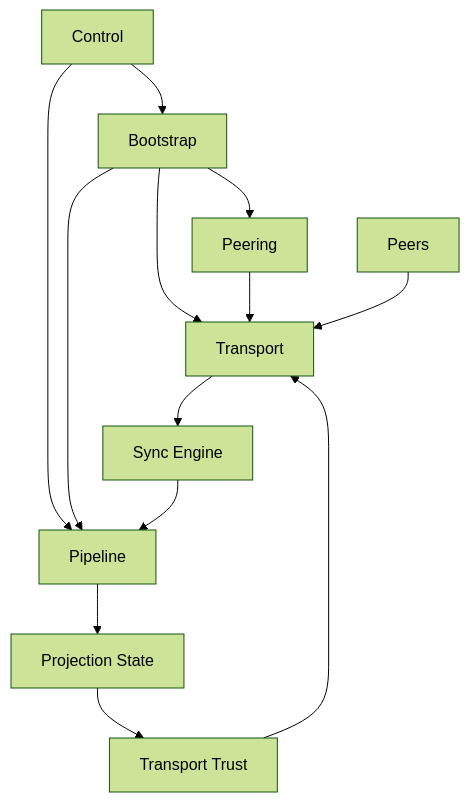
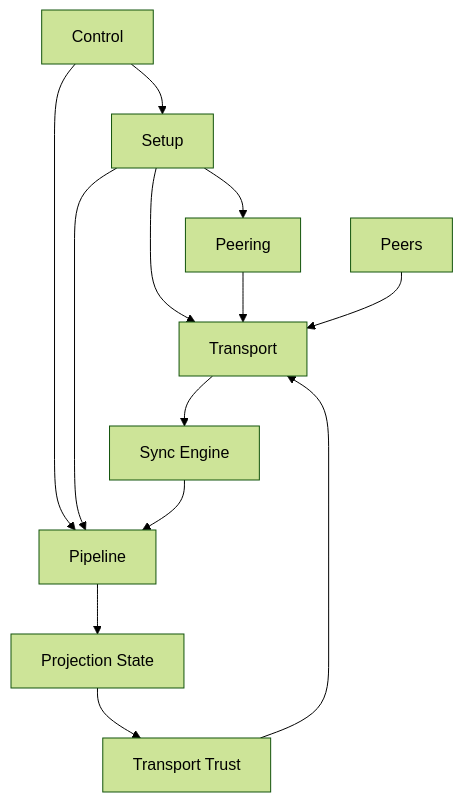
One commit to holmesworcester/topo changed the fourth of 5 diagrams in docs/CURRENT_RUNTIME_DIAGRAM.md. Above: the diagram before and after it, drawn with Mermaid (forest theme). The commit also changed other lines of this file, not shown here.

Commit message:
Tune Mermaid wrapping width for runtime diagrams

````diff
--- a/docs/CURRENT_RUNTIME_DIAGRAM.md
+++ b/docs/CURRENT_RUNTIME_DIAGRAM.md
@@ -96,25 +96,26 @@
 ```mermaid
+%%{init: {"flowchart": {"wrappingWidth": 320}} }%%
 flowchart TD
     CTRL["Control"]
-    BOOT["Bootstrap"]
+    BOOT["Setup"]
     ORCH["Peering"]
     TRANS["Transport"]
     SYNC["Sync Engine"]
     PIPE["Pipeline"]
     PSTATE["Projection State"]
     TRUST["Transport Trust"]
     PEERS["Peers"]
 
     CTRL --> BOOT
     CTRL --> PIPE
     BOOT --> ORCH
     BOOT --> TRANS
     BOOT --> PIPE
     ORCH --> TRANS
     PEERS --> TRANS
     TRANS --> SYNC
     SYNC --> PIPE
     PIPE --> PSTATE
     PSTATE --> TRUST
     TRUST --> TRANS
 ```
````
